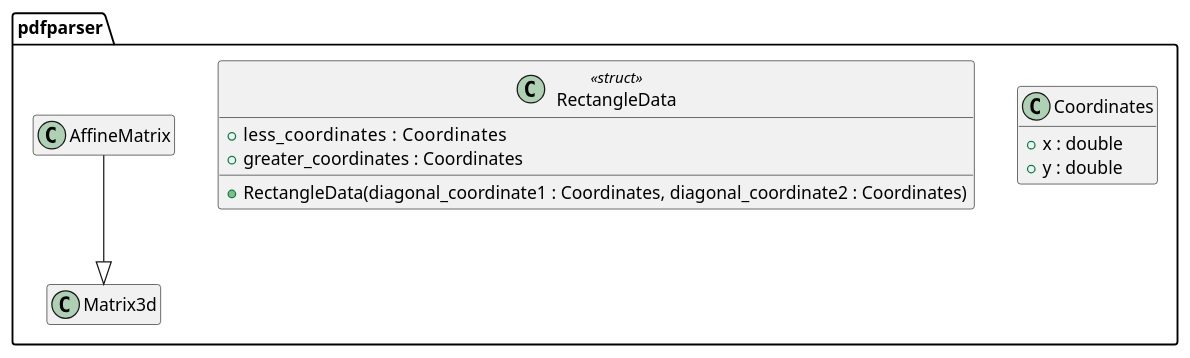
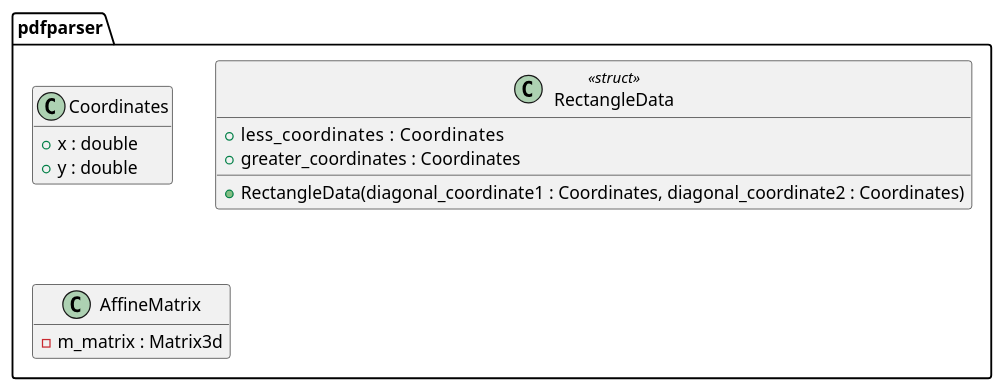
One commit to KodaiYM/PDFReader changed the diagram in document/document_reader/page_tree_parser/page_parser/contents_parser/pdfcontents_builder/graphics_state_stack/graphics_state/space.class.pu. Above: the diagram before and after it, drawn with PlantUML. The commit also changed 24 other files, not shown here.

```diff
--- a/document/document_reader/page_tree_parser/page_parser/contents_parser/pdfcontents_builder/graphics_state_stack/graphics_state/space.class.pu
+++ b/document/document_reader/page_tree_parser/page_parser/contents_parser/pdfcontents_builder/graphics_state_stack/graphics_state/space.class.pu
@@ -1,18 +1,18 @@
 @startuml space
 hide empty members
 namespace pdfparser {
 class Coordinates {
 	+x : double
 	+y : double
 }
 class RectangleData<<struct>> {
 	+less_coordinates    : Coordinates
 	+greater_coordinates : Coordinates
 
 	+RectangleData(diagonal_coordinate1 : Coordinates, diagonal_coordinate2 : Coordinates)
 }
 class AffineMatrix {
+	-m_matrix : Matrix3d
 }
-AffineMatrix --|> Matrix3d
 }
 @enduml
```
